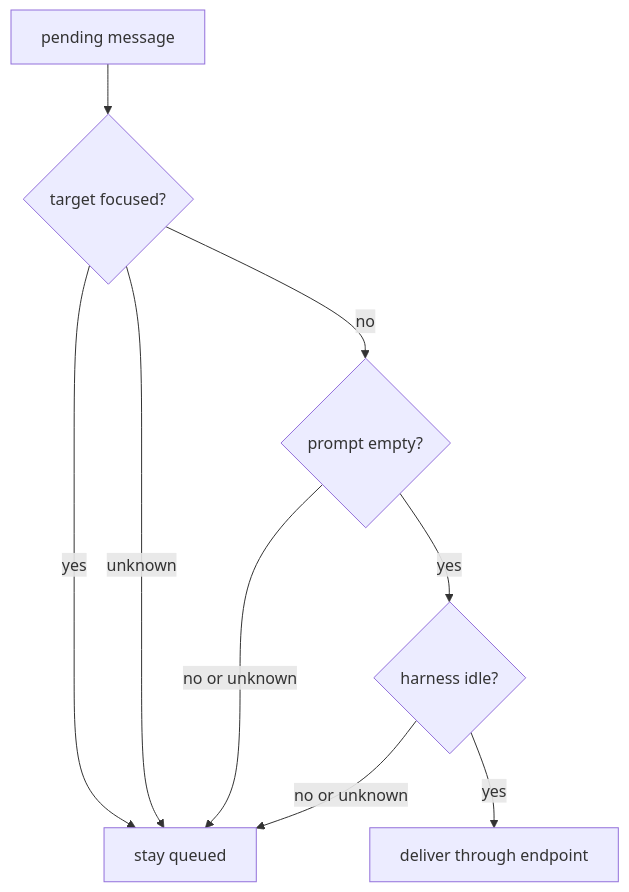
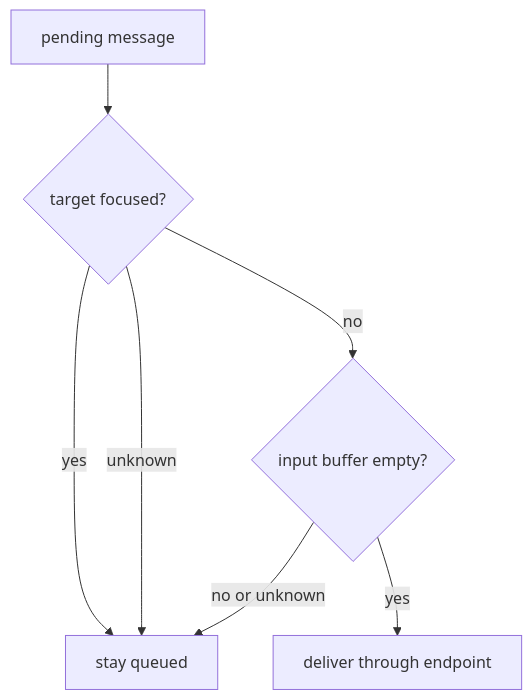
The third of 9 diagrams in reports/operator/7-minimal-niri-input-gate.md (LiGoldragon/primary), drawn with Mermaid before and after one commit. The commit also changed other lines of this file, not shown here.

Commit message:
report remove idle gate

````diff
--- a/reports/operator/7-minimal-niri-input-gate.md
+++ b/reports/operator/7-minimal-niri-input-gate.md
@@ -71,18 +71,15 @@
 ```mermaid
 flowchart TD
     message[pending message]
     focus{target focused?}
-    prompt{prompt empty?}
-    idle{harness idle?}
+    input{input buffer empty?}
     deliver[deliver through endpoint]
     queue[stay queued]
 
     message --> focus
     focus -->|yes| queue
     focus -->|unknown| queue
-    focus -->|no| prompt
-    prompt -->|no or unknown| queue
-    prompt -->|yes| idle
-    idle -->|no or unknown| queue
-    idle -->|yes| deliver
+    focus -->|no| input
+    input -->|no or unknown| queue
+    input -->|yes| deliver
 ```
````
